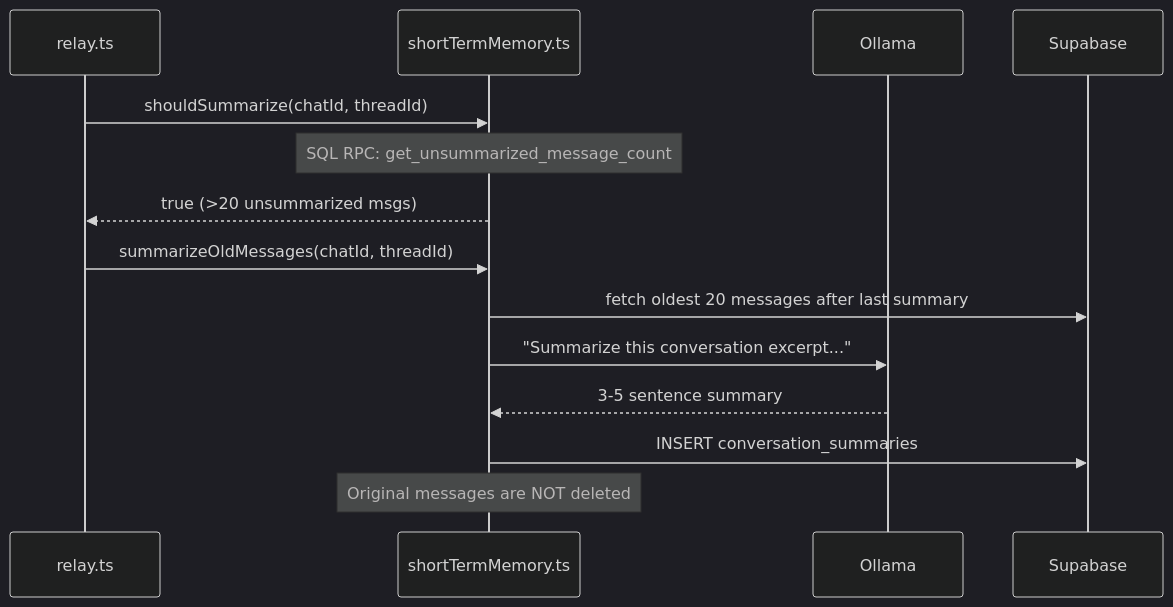
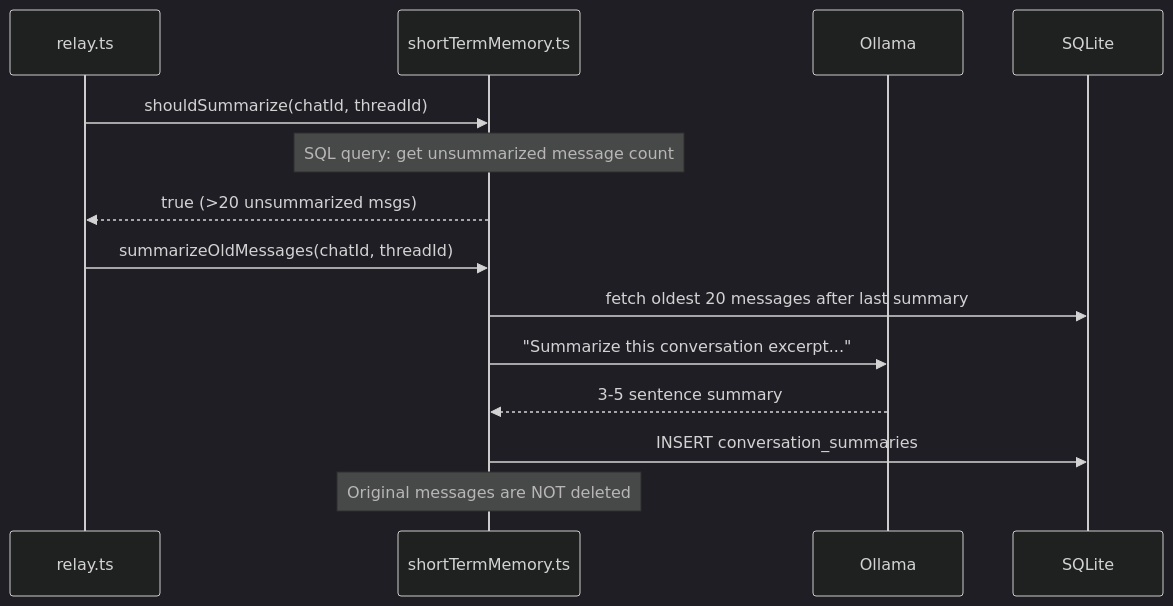
Before and after one commit to furi-wigt/claude-telegram-relay: the fourth of 9 diagrams in docs/prompt_builder.md, drawn with Mermaid (dark theme). The commit also changed other lines of this file and 15 other files, not shown here.

````diff
--- a/docs/prompt_builder.md
+++ b/docs/prompt_builder.md
@@ -87,17 +87,17 @@
 ```mermaid
 sequenceDiagram
     participant R as relay.ts
     participant STM as shortTermMemory.ts
     participant Ollama
-    participant DB as Supabase
+    participant DB as SQLite
 
     R->>STM: shouldSummarize(chatId, threadId)
-    Note over STM: SQL RPC: get_unsummarized_message_count
+    Note over STM: SQL query: get unsummarized message count
     STM-->>R: true (>20 unsummarized msgs)
     R->>STM: summarizeOldMessages(chatId, threadId)
     STM->>DB: fetch oldest 20 messages after last summary
     STM->>Ollama: "Summarize this conversation excerpt..."
     Ollama-->>STM: 3-5 sentence summary
     STM->>DB: INSERT conversation_summaries
     Note over STM: Original messages are NOT deleted
 ```
````
